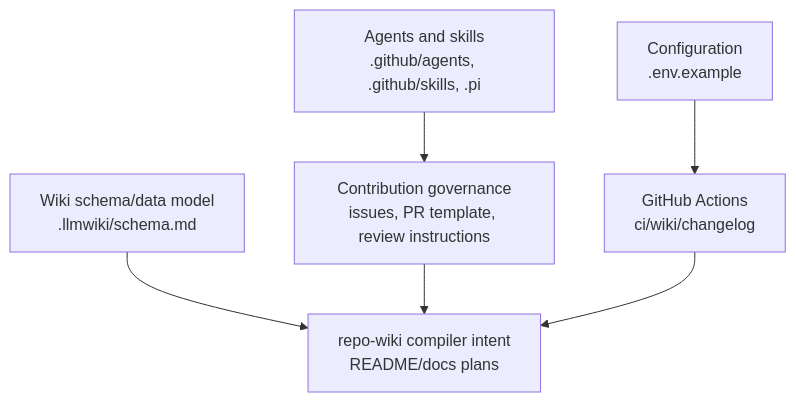
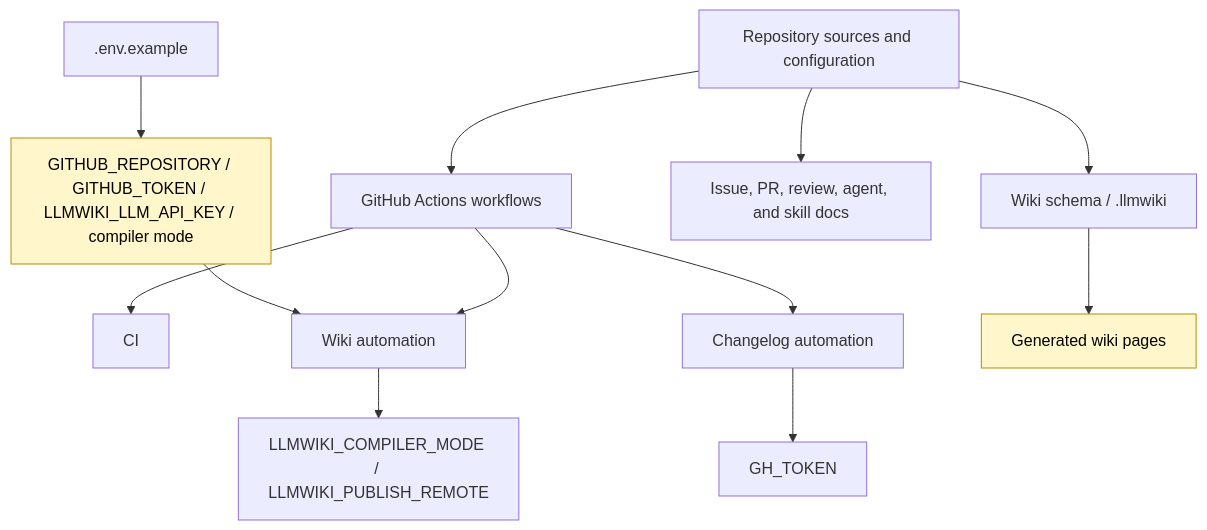
One commit to mfittko/repo-wiki changed the second of 4 diagrams in Architecture.md. Above: the diagram before and after it, drawn with Mermaid. The commit also changed other lines of this file and 45 other files, not shown here.

Commit message:
Compile repository wiki 2026-06-12T15:40:19.942Z

````diff
--- a/Architecture.md
+++ b/Architecture.md
@@ -153,15 +128,20 @@
 ```mermaid
 flowchart TB
-    Config["Configuration<br/>.env.example"]
-    Schema["Wiki schema/data model<br/>.llmwiki/schema.md"]
-    Workflows["GitHub Actions<br/>ci/wiki/changelog"]
-    Agents["Agents and skills<br/>.github/agents, .github/skills, .pi"]
-    Governance["Contribution governance<br/>issues, PR template, review instructions"]
-    ProductIntent["repo-wiki compiler intent<br/>README/docs plans"]
+    Repo["Repository sources and configuration"] --> Schema["Wiki schema / .llmwiki"]
+    Repo --> Workflows["GitHub Actions workflows"]
+    Repo --> Collaboration["Issue, PR, review, agent, and skill docs"]
 
-    Config --> Workflows
-    Schema --> ProductIntent
-    Agents --> Governance
-    Governance --> ProductIntent
-    Workflows --> ProductIntent
+    Workflows --> CI["CI"]
+    Workflows --> WikiOps["Wiki automation"]
+    Workflows --> ChangelogOps["Changelog automation"]
+
+    WikiOps --> WikiConfig["LLMWIKI_COMPILER_MODE / LLMWIKI_PUBLISH_REMOTE"]
+    ChangelogOps --> GitHubToken["GH_TOKEN"]
+    Schema --> WikiPages["Generated wiki pages"]
+
+    EnvExample[".env.example"] --> LocalConfig["GITHUB_REPOSITORY / GITHUB_TOKEN / LLMWIKI_LLM_API_KEY / compiler mode"]
+    LocalConfig --> WikiOps
+
+    classDef inferred fill:#fff6cc,stroke:#b38f00,color:#000;
+    class WikiPages,LocalConfig inferred;
 ```
````
